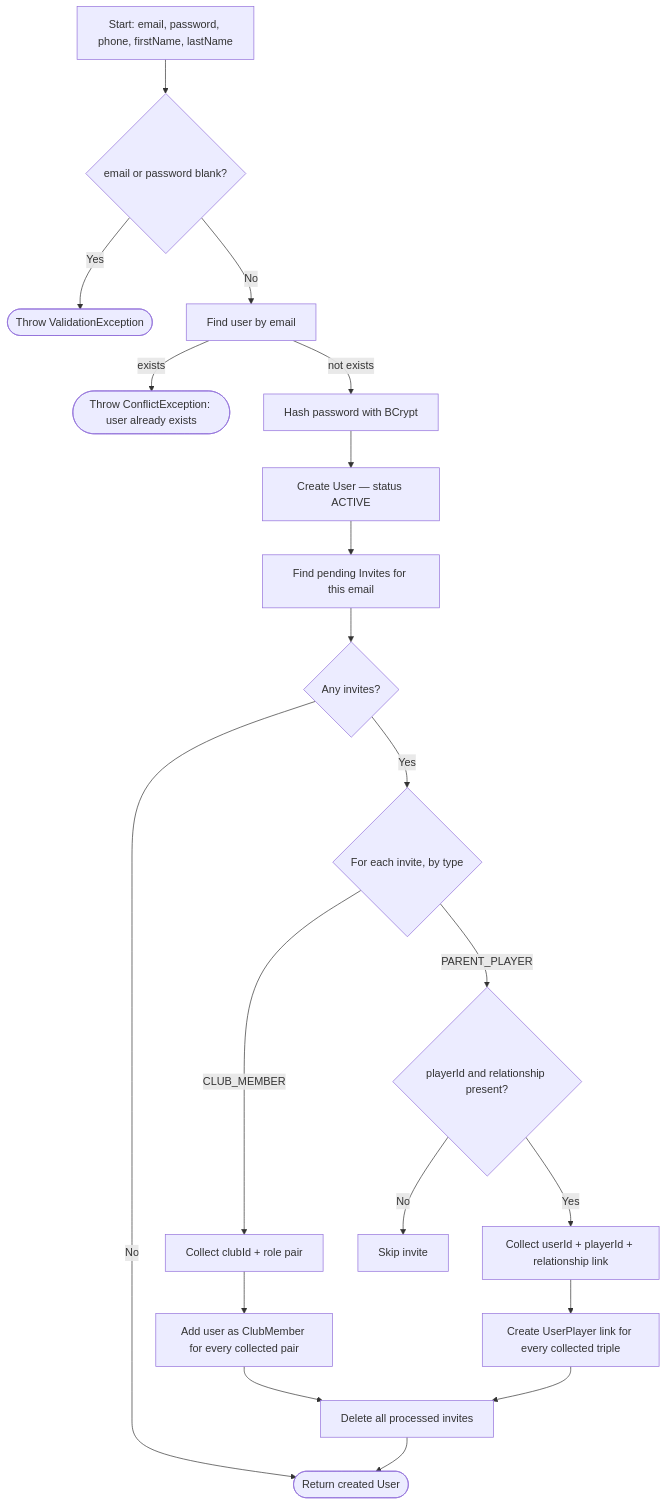
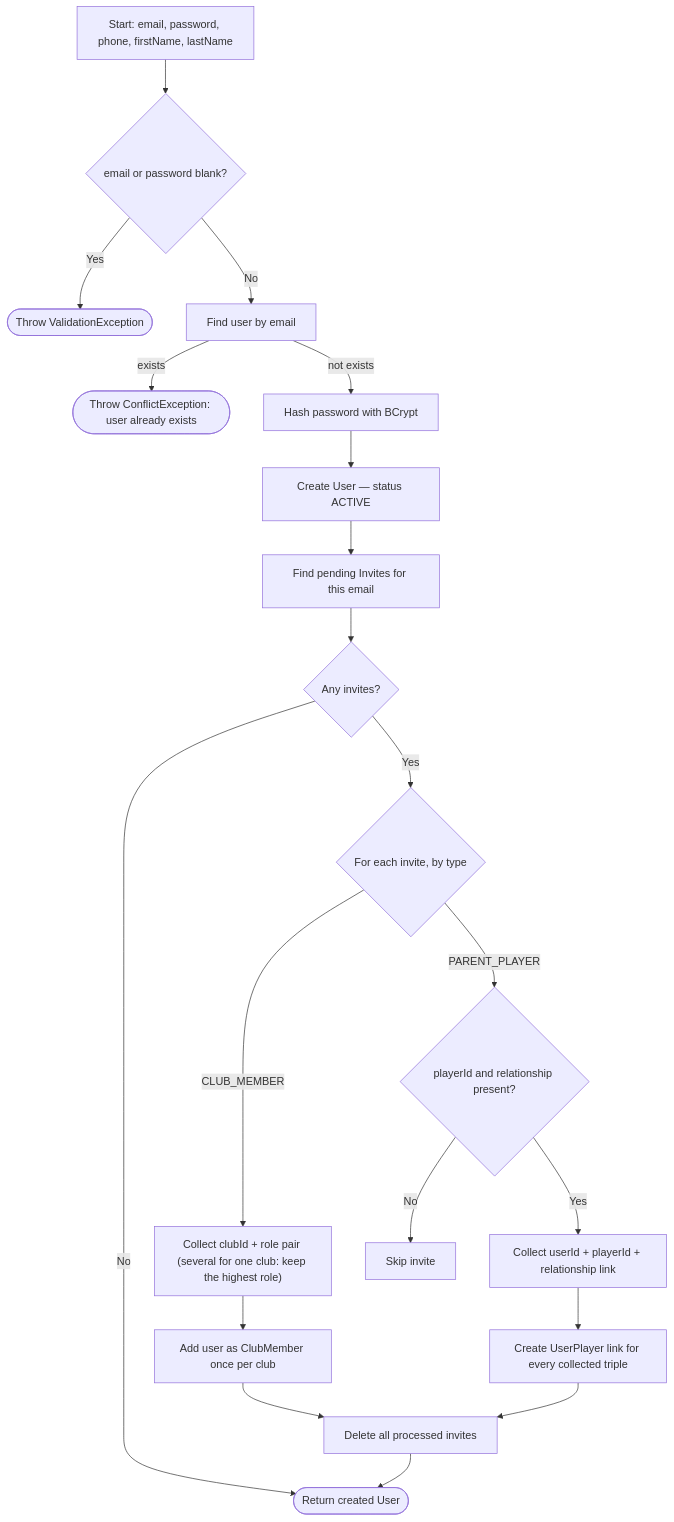
One commit to ricardofrango/squadify changed the fourth of 57 diagrams in PROCESS_FLOWS.md. Above: the diagram before and after it, drawn with Mermaid. The commit also changed other lines of this file and 6 other files, not shown here.

First line of the commit message:
Enforce one club membership per user per club

````diff
--- a/PROCESS_FLOWS.md
+++ b/PROCESS_FLOWS.md
@@ -109,22 +109,22 @@
 ```mermaid
 graph TD
     A[Start: email, password, phone, firstName, lastName] --> B{email or password blank?}
     B -- Yes --> V(["Throw ValidationException"])
     B -- No --> C[Find user by email]
     C -- exists --> CN(["Throw ConflictException: user already exists"])
     C -- not exists --> D[Hash password with BCrypt]
     D --> E[Create User — status ACTIVE]
     E --> F[Find pending Invites for this email]
     F --> G{Any invites?}
     G -- No --> Z(["Return created User"])
     G -- Yes --> H{For each invite, by type}
-    H -- CLUB_MEMBER --> I[Collect clubId + role pair]
+    H -- CLUB_MEMBER --> I["Collect clubId + role pair (several for one club: keep the highest role)"]
     H -- PARENT_PLAYER --> J{playerId and relationship present?}
     J -- Yes --> K[Collect userId + playerId + relationship link]
     J -- No --> SKIP[Skip invite]
-    I --> L[Add user as ClubMember for every collected pair]
+    I --> L[Add user as ClubMember once per club]
     K --> M[Create UserPlayer link for every collected triple]
     L --> N[Delete all processed invites]
     M --> N
     N --> Z
 ```
````
